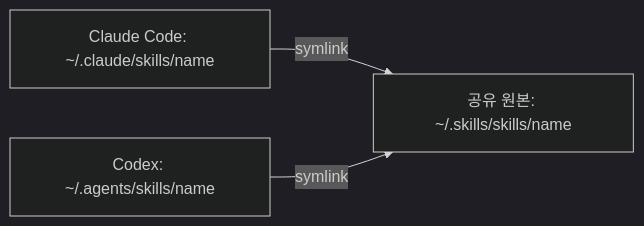
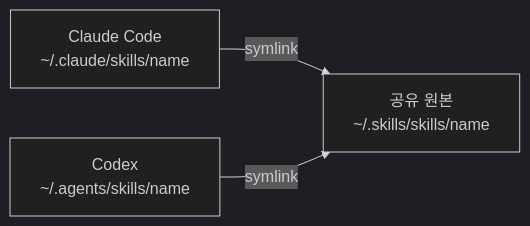
Before and after one commit to Je-hye/my-agents-skills: the diagram in README.md, drawn with Mermaid (dark theme). The commit also changed other lines of this file, not shown here.

````diff
--- a/README.md
+++ b/README.md
@@ -11,5 +11,5 @@
 ```mermaid
 graph LR
-    Claude["Claude Code: ~/.claude/skills/name"] -->|symlink| Shared["공유 원본: ~/.skills/skills/name"]
-    Codex["Codex: ~/.agents/skills/name"] -->|symlink| Shared
+    Claude["Claude Code\n~/.claude/skills/name"] -->|symlink| Shared["공유 원본\n~/.skills/skills/name"]
+    Codex["Codex\n~/.agents/skills/name"] -->|symlink| Shared
 ```
````
